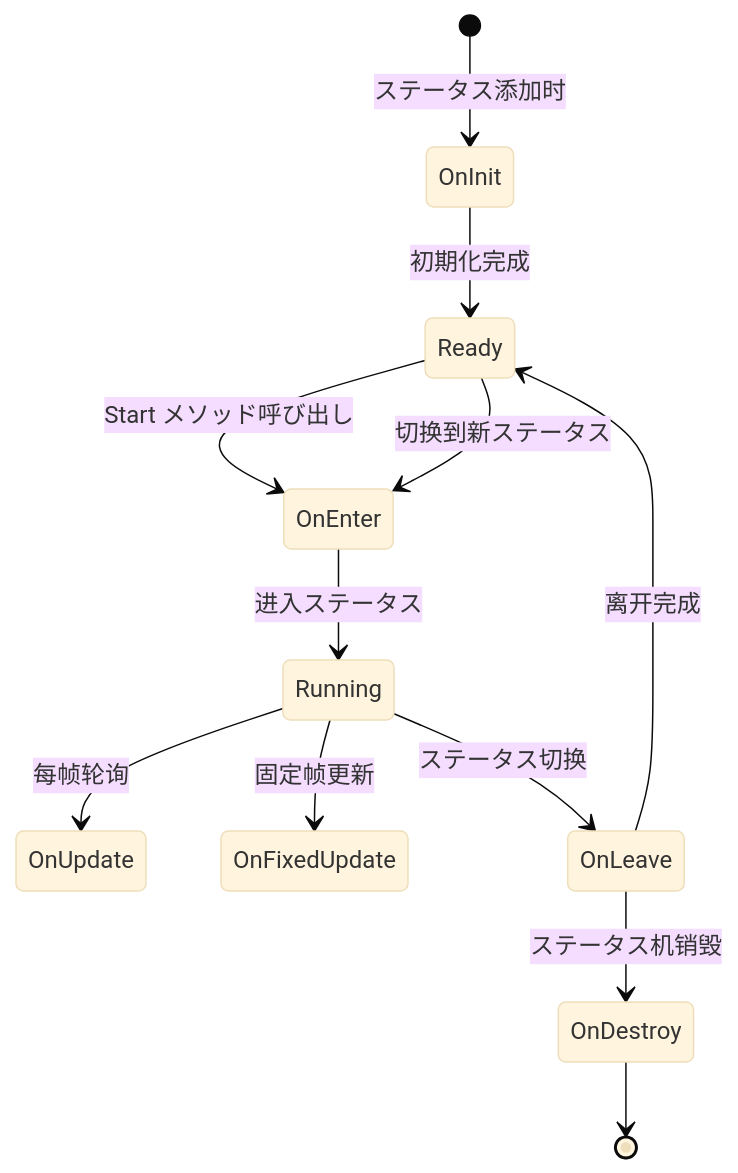
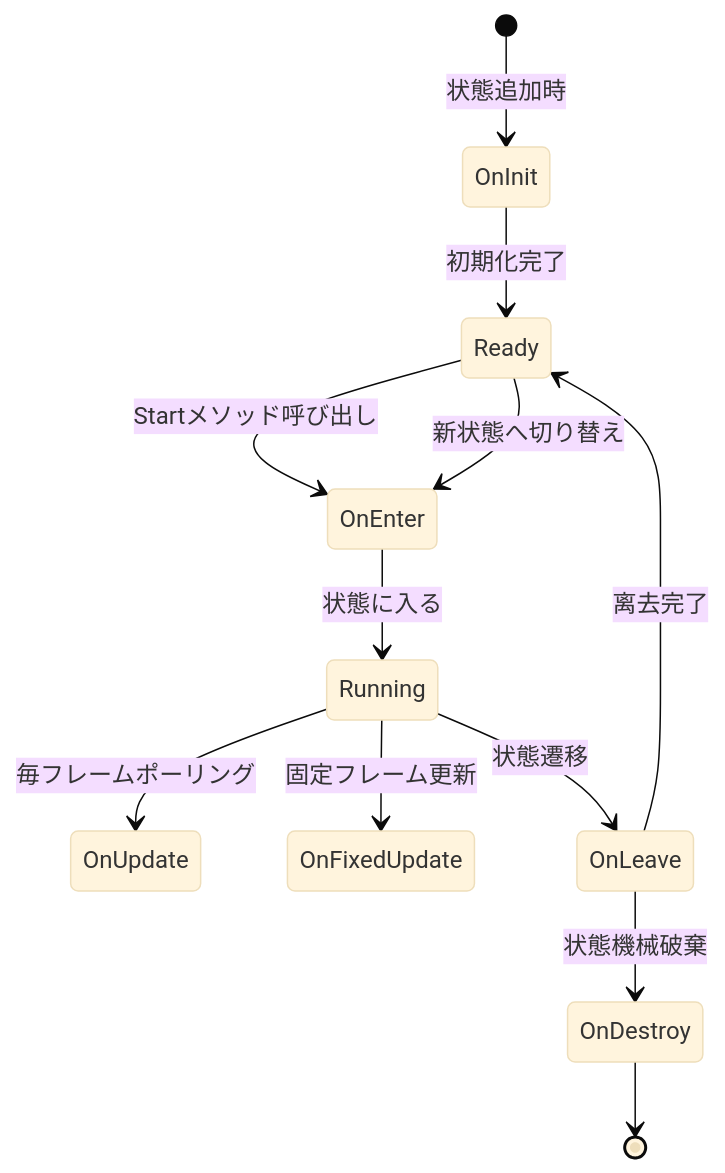
One commit to AlianBlank/GameFrameX.Docs changed the third of 4 diagrams in docs/ja/client/unity/component/fsm/01.overview.md. Above: the diagram before and after it, drawn with Mermaid (base theme). The commit also changed other lines of this file and 320 other files, not shown here.

````diff
--- a/docs/ja/client/unity/component/fsm/01.overview.md
+++ b/docs/ja/client/unity/component/fsm/01.overview.md
@@ -140,14 +140,14 @@
 ```mermaid
 stateDiagram-v2
-    [*] --> OnInit: ステータス添加时
-    OnInit --> Ready: 初期化完成
-    Ready --> OnEnter: Start メソッド呼び出し
-    OnEnter --> Running: 进入ステータス
-    Running --> OnUpdate: 每帧轮询
-    Running --> OnFixedUpdate: 固定帧更新
-    Running --> OnLeave: ステータス切换
-    OnLeave --> Ready: 离开完成
-    Ready --> OnEnter: 切换到新ステータス
-    OnLeave --> OnDestroy: ステータス机销毁
+    [*] --> OnInit: 状態追加時
+    OnInit --> Ready: 初期化完了
+    Ready --> OnEnter: Startメソッド呼び出し
+    OnEnter --> Running: 状態に入る
+    Running --> OnUpdate: 毎フレームポーリング
+    Running --> OnFixedUpdate: 固定フレーム更新
+    Running --> OnLeave: 状態遷移
+    OnLeave --> Ready: 离去完了
+    Ready --> OnEnter: 新状態へ切り替え
+    OnLeave --> OnDestroy: 状態機械破棄
     OnDestroy --> [*]
 ```
````
